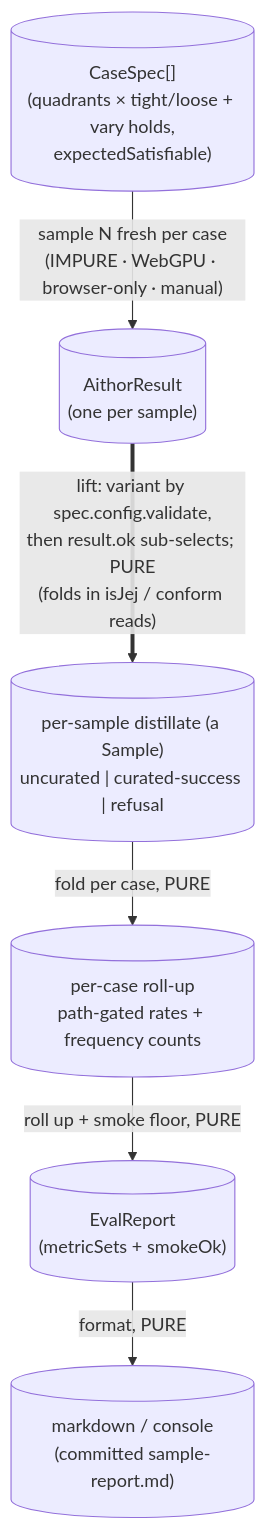
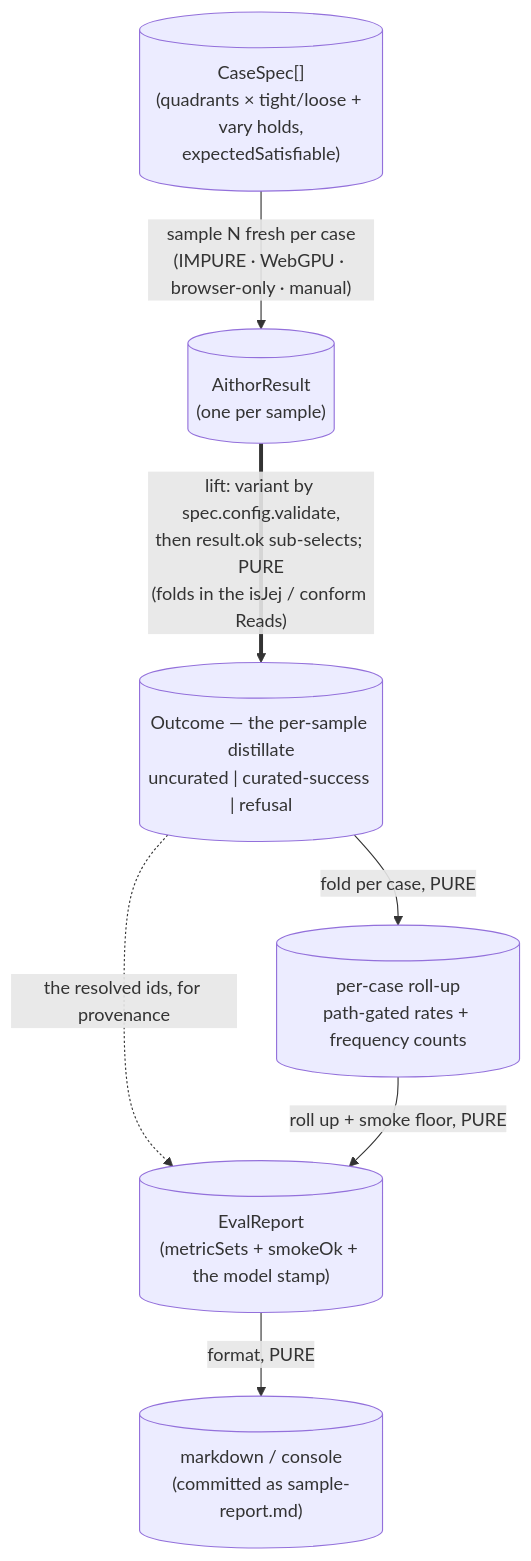
The diagram in src/lib/embody/language-levels/just-enough-javascript/aithor/evals/DOCS.md (codeschoolinabox/curricula), drawn with Mermaid before and after one commit. The commit also changed other lines of this file and 2 other files, not shown here.

First line of the commit message:
docs: the eval trio describes the system that shipped

````diff
--- a/src/lib/embody/language-levels/just-enough-javascript/aithor/evals/DOCS.md
+++ b/src/lib/embody/language-levels/just-enough-javascript/aithor/evals/DOCS.md
@@ -51,9 +53,10 @@
 ```mermaid
 flowchart TD
     cases[("CaseSpec[]<br/>(quadrants × tight/loose + vary holds,<br/>expectedSatisfiable)")]
     cases -->|"sample N fresh per case<br/>(IMPURE · WebGPU · browser-only · manual)"| result[("AithorResult<br/>(one per sample)")]
-    result ==>|"lift: variant by spec.config.validate,<br/>then result.ok sub-selects; PURE<br/>(folds in isJej / conform reads)"| outcome[("per-sample distillate (a Sample)<br/>uncurated | curated-success | refusal")]
+    result ==>|"lift: variant by spec.config.validate,<br/>then result.ok sub-selects; PURE<br/>(folds in the isJej / conform Reads)"| outcome[("Outcome — the per-sample distillate<br/>uncurated | curated-success | refusal")]
     outcome -->|"fold per case, PURE"| metricSet[("per-case roll-up<br/>path-gated rates + frequency counts")]
-    metricSet -->|"roll up + smoke floor, PURE"| report[("EvalReport<br/>(metricSets + smokeOk)")]
-    report -->|"format, PURE"| md[("markdown / console<br/>(committed sample-report.md)")]
+    outcome -.->|"the resolved ids, for provenance"| report
+    metricSet -->|"roll up + smoke floor, PURE"| report[("EvalReport<br/>(metricSets + smokeOk + the model stamp)")]
+    report -->|"format, PURE"| md[("markdown / console<br/>(committed as sample-report.md)")]
 ```
````
